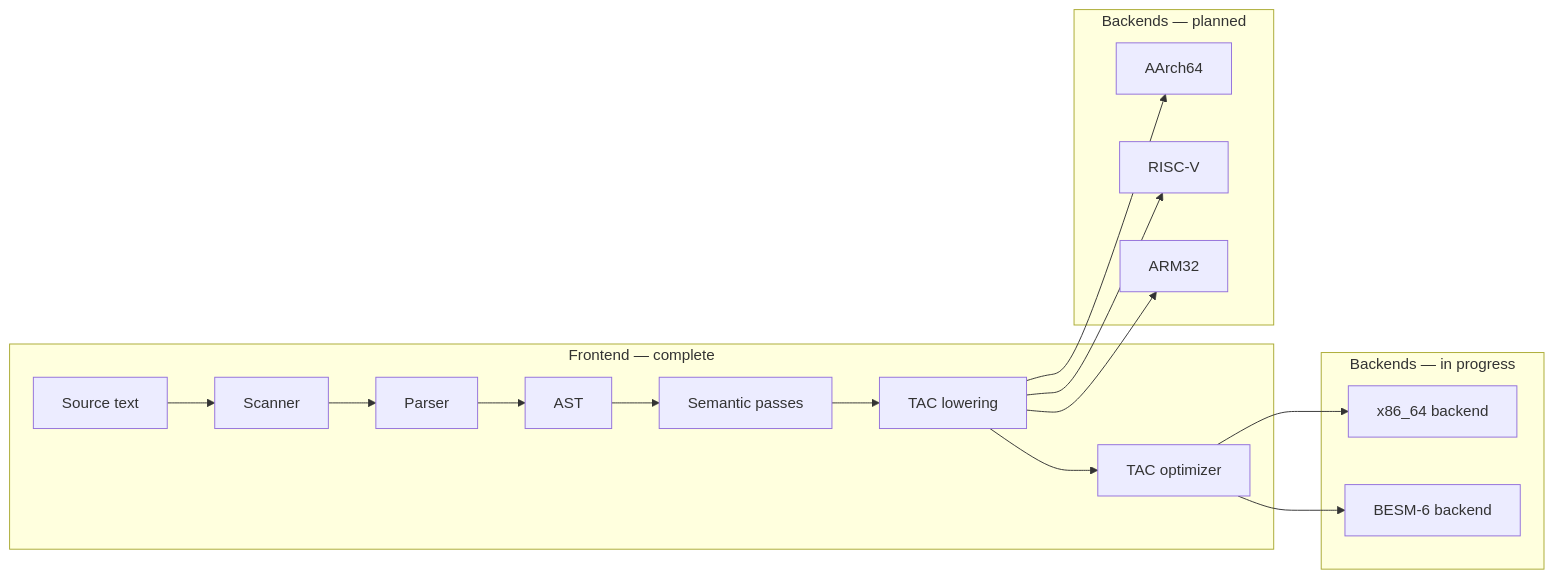
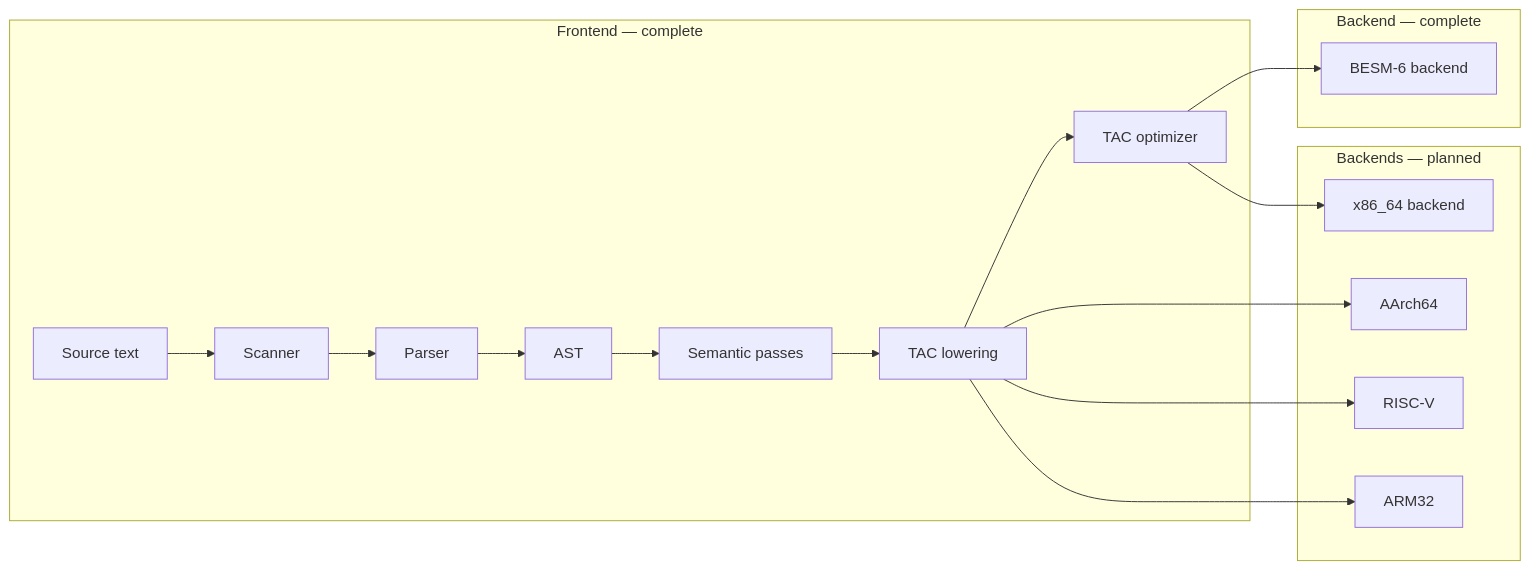
The diagram in README.md (besm6/c-compiler), drawn with Mermaid before and after one commit. The commit also changed other lines of this file and 10 other files, not shown here.

````diff
--- a/README.md
+++ b/README.md
@@ -43,27 +43,27 @@
 ```mermaid
 flowchart LR
     subgraph done [Frontend — complete]
         SourceCode[Source text]
         Scanner[Scanner]
         Parser[Parser]
         AST[AST]
         Semantic[Semantic passes]
         TACGen[TAC lowering]
         Optimizer[TAC optimizer]
         SourceCode --> Scanner --> Parser --> AST --> Semantic --> TACGen --> Optimizer
     end
-    subgraph progress [Backends — in progress]
-        X86[x86_64 backend]
+    subgraph backenddone [Backend — complete]
         BESM6[BESM-6 backend]
-        Optimizer --> X86
         Optimizer --> BESM6
     end
     subgraph future [Backends — planned]
+        X86[x86_64 backend]
         AA64[AArch64]
         RV[RISC-V]
         A32[ARM32]
+        Optimizer --> X86
         TACGen --> AA64
         TACGen --> RV
         TACGen --> A32
     end
 ```
````
